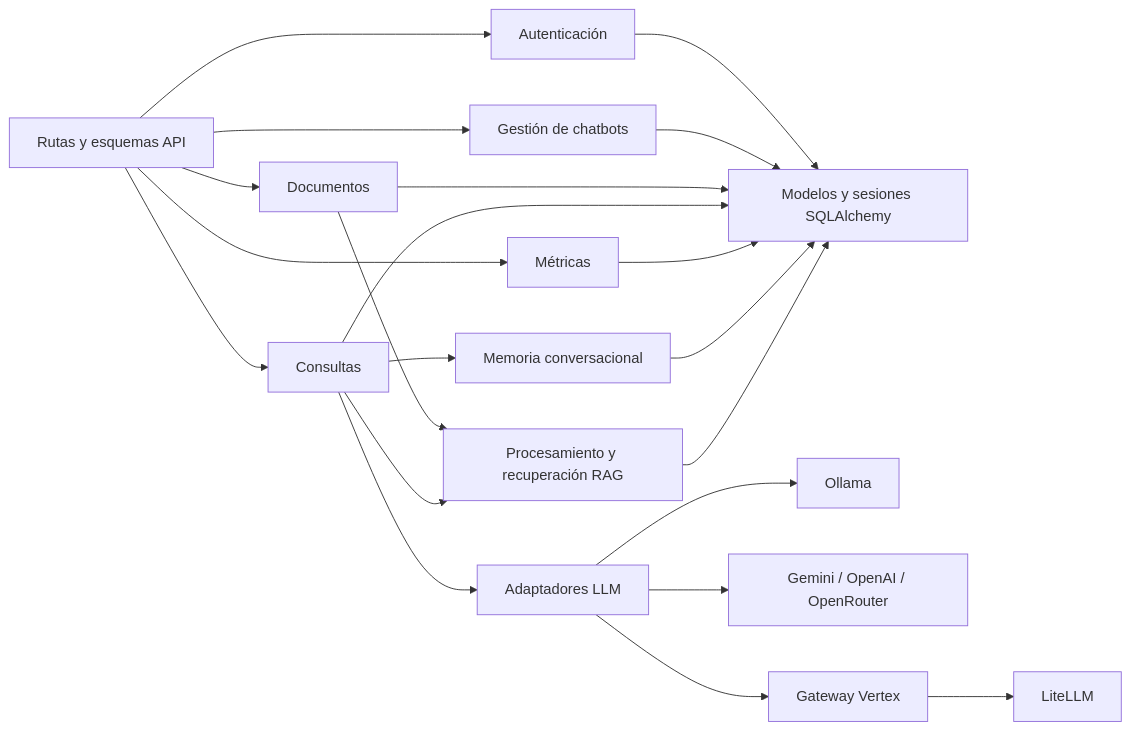
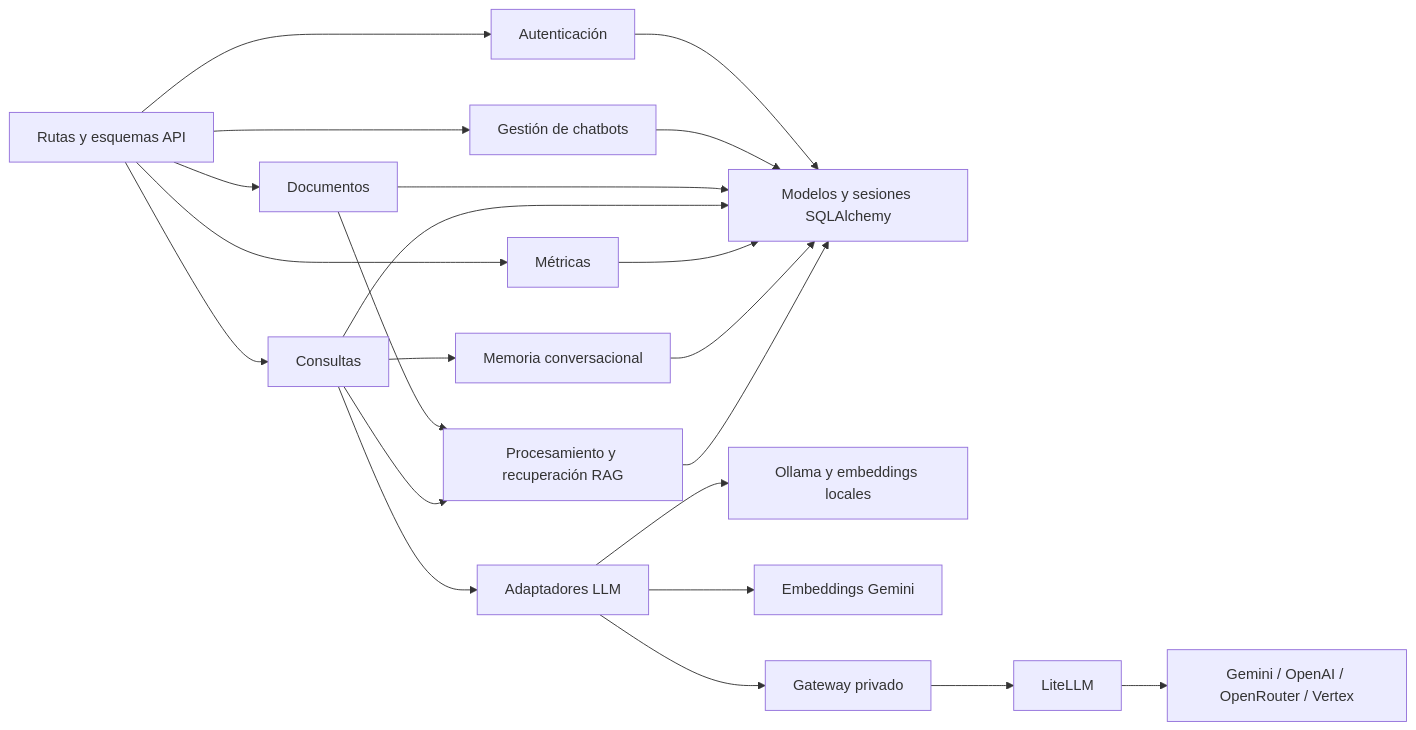
One commit to lucaduck/BiDachat changed the third of 3 diagrams in docs/architecture.md. Above: the diagram before and after it, drawn with Mermaid. The commit also changed other lines of this file and 72 other files, not shown here.

````diff
--- a/docs/architecture.md
+++ b/docs/architecture.md
@@ -38,26 +37,27 @@
 ```mermaid
 flowchart LR
     routes[Rutas y esquemas API] --> auth[Autenticación]
     routes --> chatbots[Gestión de chatbots]
     routes --> documents[Documentos]
     routes --> queries[Consultas]
     routes --> metrics[Métricas]
 
     documents --> rag[Procesamiento y recuperación RAG]
     queries --> memory[Memoria conversacional]
     queries --> rag
     queries --> llm[Adaptadores LLM]
 
     auth --> persistence[Modelos y sesiones SQLAlchemy]
     chatbots --> persistence
     documents --> persistence
     queries --> persistence
     metrics --> persistence
     memory --> persistence
     rag --> persistence
 
-    llm --> ollama[Ollama]
-    llm --> external[Gemini / OpenAI / OpenRouter]
-    llm --> gateway[Gateway Vertex]
+    llm --> ollama[Ollama y embeddings locales]
+    llm --> embedding[Embeddings Gemini]
+    llm --> gateway[Gateway privado]
     gateway --> litellm[LiteLLM]
+    litellm --> external[Gemini / OpenAI / OpenRouter / Vertex]
 ```
````
